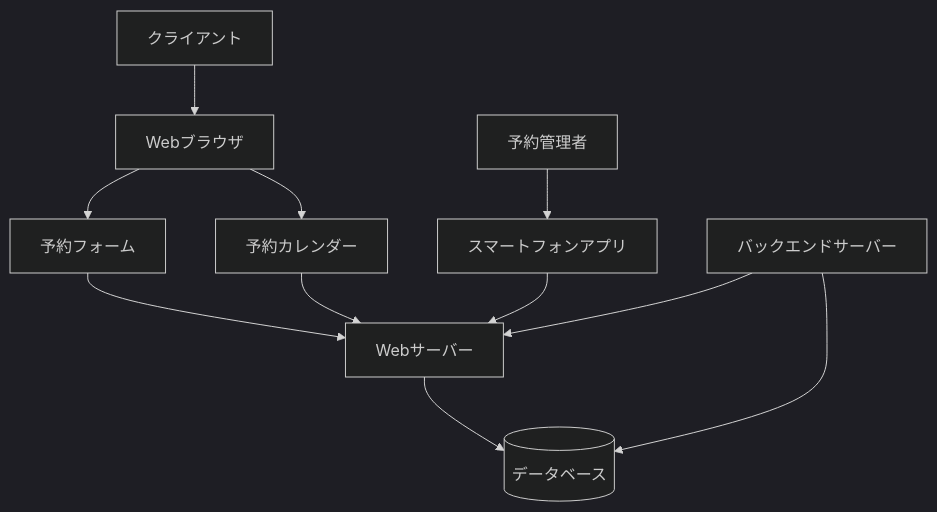
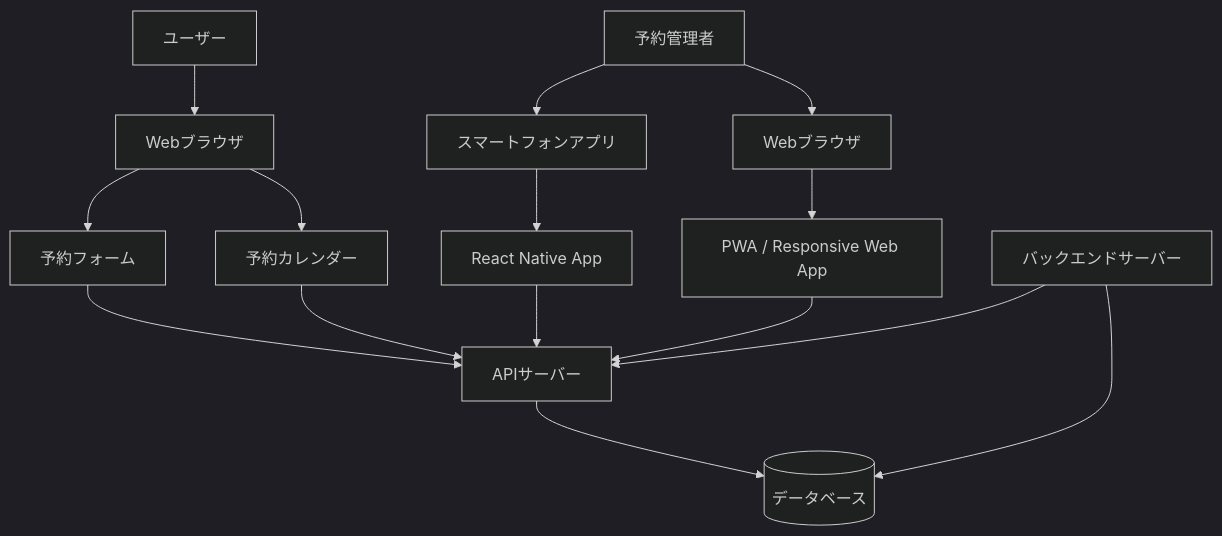
The diagram in architecture.mermaid (yoshihito0930/studio_reservation_system), drawn with Mermaid (dark theme) before and after one commit.

Commit message:
構成図の更新

```diff
--- a/architecture.mermaid
+++ b/architecture.mermaid
@@ -1,11 +1,15 @@
 graph TD
-    A[クライアント] --> B[Webブラウザ]
+    A[ユーザー] --> B[Webブラウザ]
     B --> C[予約フォーム]
     B --> D[予約カレンダー]
-    C --> E[Webサーバー]
-    D --> E
-    E --> F[(データベース)]
-    G[予約管理者] --> H[スマートフォンアプリ]
-    H --> E
-    I[バックエンドサーバー] --> E
-    I --> F
+    E[予約管理者] --> F[スマートフォンアプリ]
+    E --> G[Webブラウザ]
+    F --> H[React Native App]
+    G --> I[PWA / Responsive Web App]
+    C --> J[APIサーバー]
+    D --> J
+    H --> J
+    I --> J
+    J --> K[(データベース)]
+    L[バックエンドサーバー] --> J
+    L --> K
```
